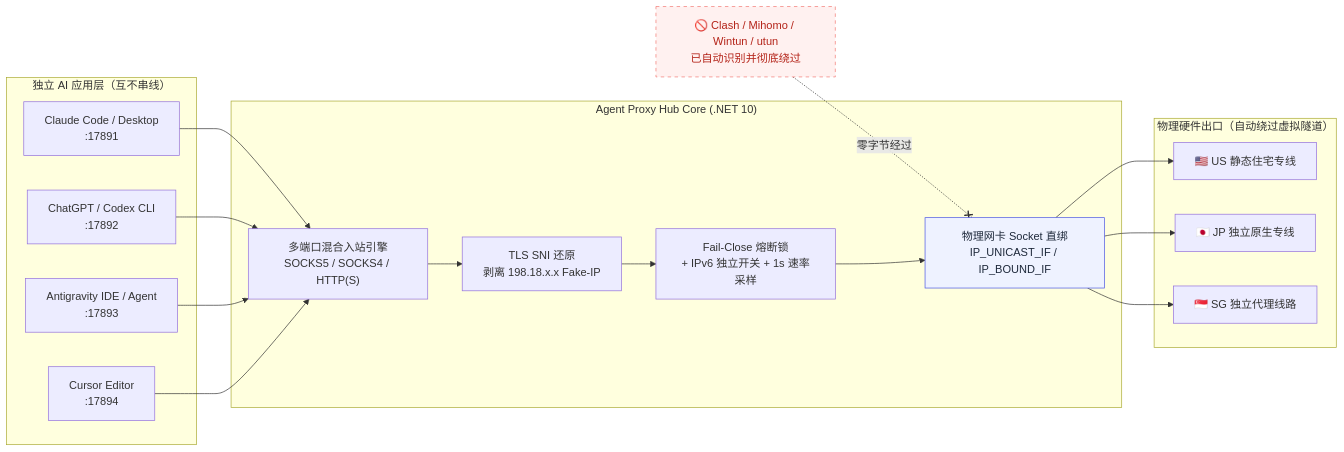
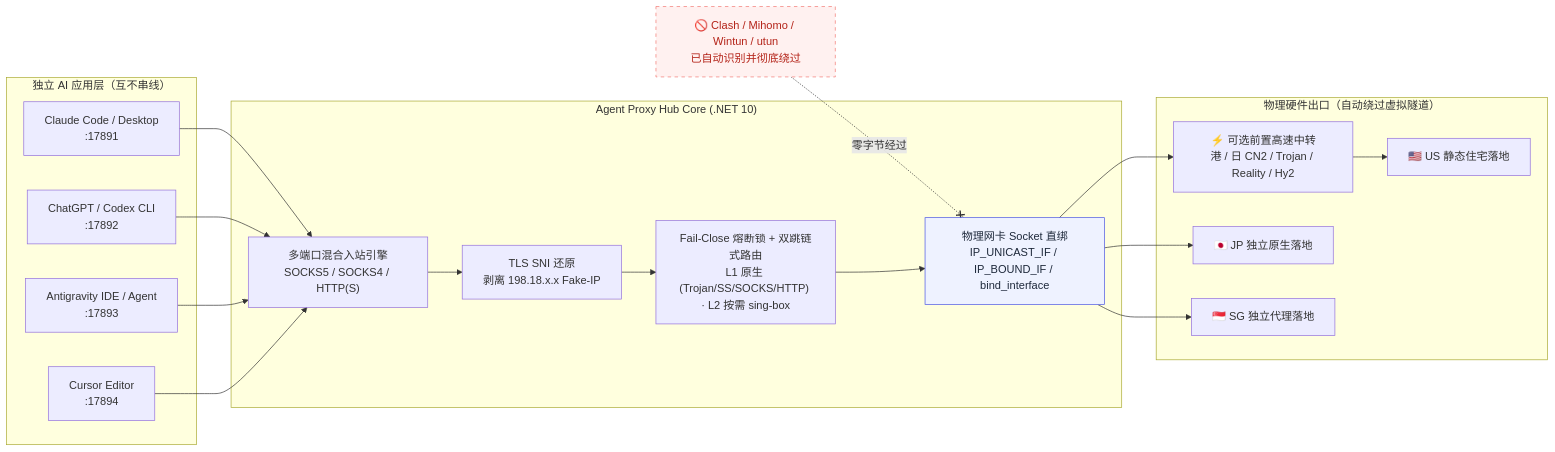
One commit to HeyoCode/Agent_Proxy_Hub changed the diagram in README.md. Above: the diagram before and after it, drawn with Mermaid. The commit also changed other lines of this file and 27 other files, not shown here.

Commit message:
feat(v0.4.0): L1 native Trojan/SS + double-hop relay, L2 sing-box sidecar, official AI logos & unified system theme

````diff
--- a/README.md
+++ b/README.md
@@ -130,30 +140,32 @@
 ```mermaid
 flowchart LR
     subgraph APPS["独立 AI 应用层（互不串线）"]
         A1["Claude Code / Desktop<br/>:17891"]
         A2["ChatGPT / Codex CLI<br/>:17892"]
         A3["Antigravity IDE / Agent<br/>:17893"]
         A4["Cursor Editor<br/>:17894"]
     end
 
     subgraph CORE["Agent Proxy Hub Core (.NET 10)"]
         IN["多端口混合入站引擎<br/>SOCKS5 / SOCKS4 / HTTP(S)"]
         SNI["TLS SNI 还原<br/>剥离 198.18.x.x Fake-IP"]
-        KS["Fail-Close 熔断锁<br/>+ IPv6 独立开关 + 1s 速率采样"]
-        NIC["物理网卡 Socket 直绑<br/>IP_UNICAST_IF / IP_BOUND_IF"]
+        KS["Fail-Close 熔断锁 + 双跳链式路由<br/>L1 原生 (Trojan/SS/SOCKS/HTTP) · L2 按需 sing-box"]
+        NIC["物理网卡 Socket 直绑<br/>IP_UNICAST_IF / IP_BOUND_IF / bind_interface"]
     end
 
     subgraph NET["物理硬件出口（自动绕过虚拟隧道）"]
-        N1["🇺🇸 US 静态住宅专线"]
-        N2["🇯🇵 JP 独立原生专线"]
-        N3["🇸🇬 SG 独立代理线路"]
+        R1["⚡ 可选前置高速中转<br/>港 / 日 CN2 / Trojan / Reality / Hy2"]
+        N1["🇺🇸 US 静态住宅落地"]
+        N2["🇯🇵 JP 独立原生落地"]
+        N3["🇸🇬 SG 独立代理落地"]
     end
 
     TUN["🚫 Clash / Mihomo / Wintun / utun<br/>已自动识别并彻底绕过"] -. 零字节经过 .-x NIC
 
     A1 & A2 & A3 & A4 --> IN --> SNI --> KS --> NIC
-    NIC --> N1 & N2 & N3
+    NIC --> R1 --> N1
+    NIC --> N2 & N3
 
     style TUN fill:#fff1f0,stroke:#f27973,stroke-dasharray: 5 5,color:#b42318
     style NIC fill:#eef2ff,stroke:#4a56e2,color:#1e293b
 ```
````
